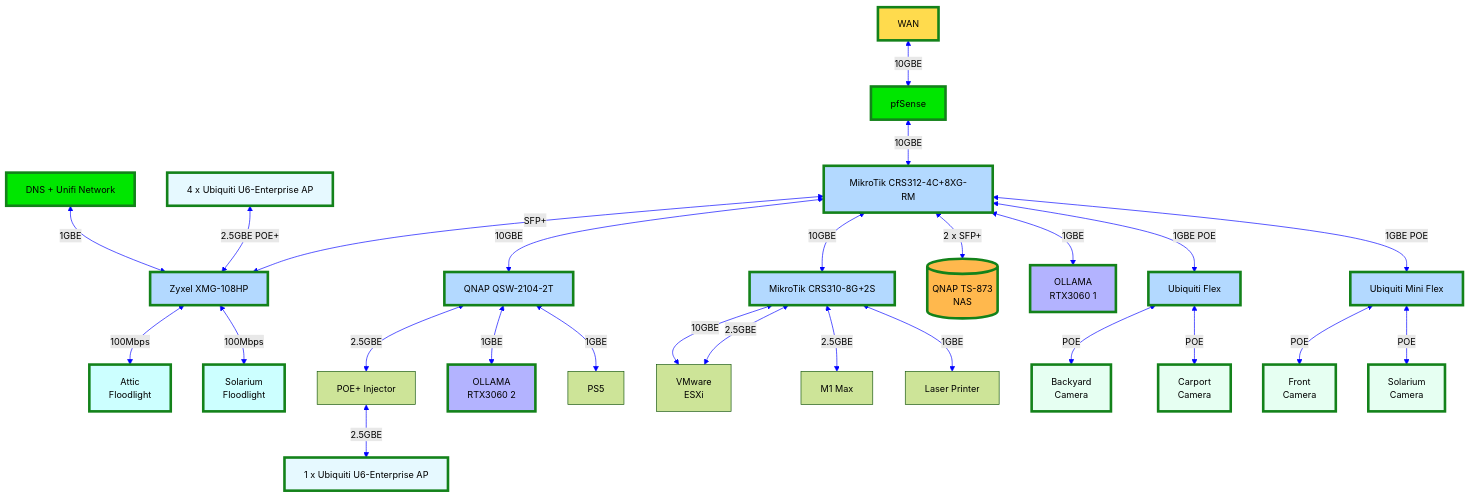
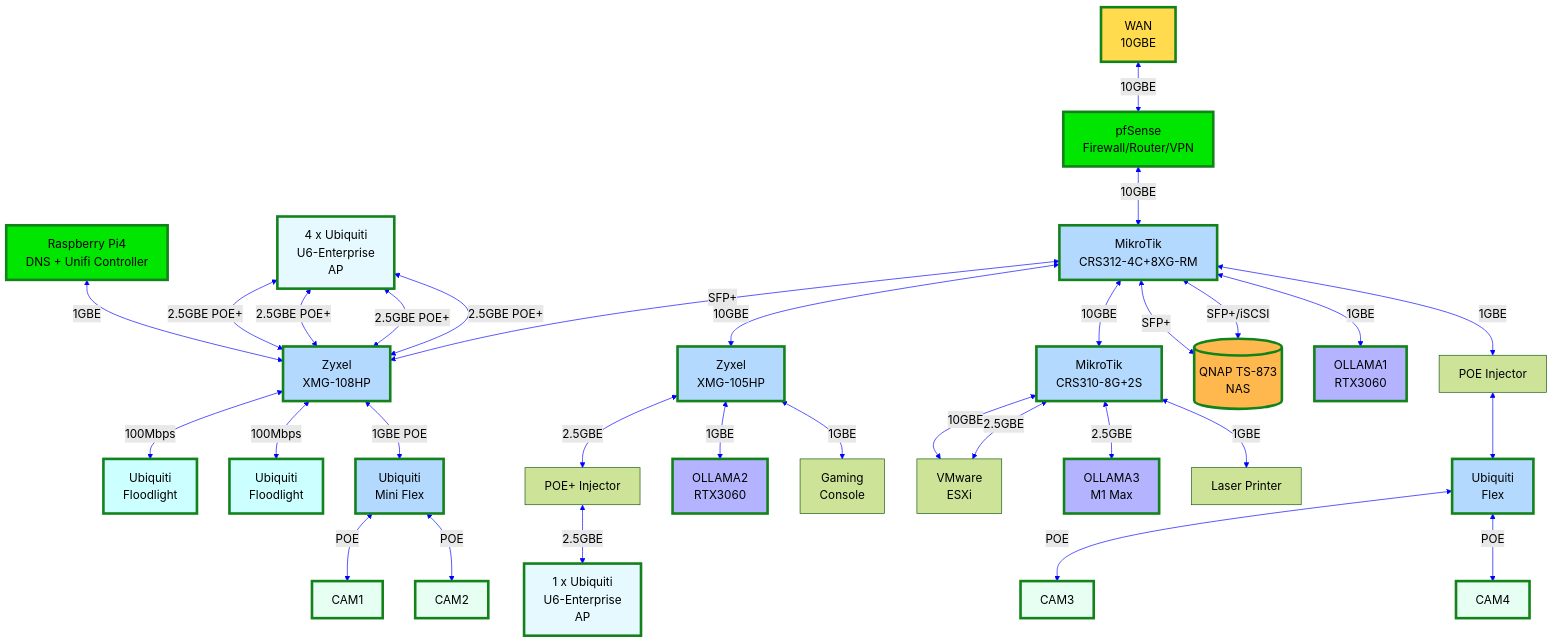
The diagram in petprojects/network.md (ovaisq/processes), drawn with Mermaid before and after one commit.

Commit message:
Last remaining junky QNAP switch has been replaced with Zyxel

````diff
--- a/petprojects/network.md
+++ b/petprojects/network.md
@@ -1,89 +1,112 @@
 ```mermaid
-%%{init: {'theme': 'forest', "loglevel":1,'themeVariables': {'lineColor': 'Blue', 'fontSize':'14px',"fontFamily": "Trebuchet MS"}}}%%
+%%{init: {'theme': 'forest', "loglevel":1,'themeVariables': {'lineColor': 'Blue', 'fontSize':'18px',"fontFamily": "Trebuchet MS"}}}%%
+
 flowchart TD
 
-style G fill:#00e600,stroke:#13821a,stroke-width:4px
-style F fill:#e6f9ff,stroke:#13821a,stroke-width:4px
-style FA fill:#e6f9ff,stroke:#13821a,stroke-width:4px
-style B fill:#b3d9ff,stroke:#13821a,stroke-width:4px
-style QNAP fill:#ffb84d,stroke:#13821a,stroke-width:4px
-style C fill:#b3d9ff,stroke:#13821a,stroke-width:4px
-style D fill:#b3d9ff,stroke:#13821a,stroke-width:4px
-style E fill:#b3d9ff,stroke:#13821a,stroke-width:4px
-style H fill:#b3d9ff,stroke:#13821a,stroke-width:4px
-style J fill:#b3d9ff,stroke:#13821a,stroke-width:4px
-style A fill:#00e600,stroke:#13821a,stroke-width:4px
-style FL1 fill:#ccffff,stroke:#13821a,stroke-width:4px
-style FL2 fill:#ccffff,stroke:#13821a,stroke-width:4px
-style CAM1 fill:#e6fff2,stroke:#13821a,stroke-width:4px
-style CAM2 fill:#e6fff2,stroke:#13821a,stroke-width:4px
-style CAM3 fill:#e6fff2,stroke:#13821a,stroke-width:4px
-style CAM4 fill:#e6fff2,stroke:#13821a,stroke-width:4px
-style Z fill:#ffdb4d,stroke:#13821a,stroke-width:4px
-style GPU1 fill:#b3b3ff,stroke:#13821a,stroke-width:4px
-style GPU2 fill:#b3b3ff,stroke:#13821a,stroke-width:4px
+    style G fill:#00e600,stroke:#13821a,stroke-width:4px
+    style F fill:#e6f9ff,stroke:#13821a,stroke-width:4px
+    style FA fill:#e6f9ff,stroke:#13821a,stroke-width:4px
+    style B fill:#b3d9ff,stroke:#13821a,stroke-width:4px
+    style QNAP fill:#ffb84d,stroke:#13821a,stroke-width:4px
+    style C fill:#b3d9ff,stroke:#13821a,stroke-width:4px
+    style D fill:#b3d9ff,stroke:#13821a,stroke-width:4px
+    style E fill:#b3d9ff,stroke:#13821a,stroke-width:4px
+    style H fill:#b3d9ff,stroke:#13821a,stroke-width:4px
+    style J fill:#b3d9ff,stroke:#13821a,stroke-width:4px
+    style A fill:#00e600,stroke:#13821a,stroke-width:4px
+    style FL1 fill:#ccffff,stroke:#13821a,stroke-width:4px
+    style FL2 fill:#ccffff,stroke:#13821a,stroke-width:4px
+    style CAM1 fill:#e6fff2,stroke:#13821a,stroke-width:4px
+    style CAM2 fill:#e6fff2,stroke:#13821a,stroke-width:4px
+    style CAM3 fill:#e6fff2,stroke:#13821a,stroke-width:4px
+    style CAM4 fill:#e6fff2,stroke:#13821a,stroke-width:4px
+    style Z fill:#ffdb4d,stroke:#13821a,stroke-width:4px
+    style GPU1 fill:#b3b3ff,stroke:#13821a,stroke-width:4px
+    style GPU2 fill:#b3b3ff,stroke:#13821a,stroke-width:4px
+    style HB fill:#b3b3ff,stroke:#13821a,stroke-width:4px
 
 
-Z[WAN]
-A[pfSense]
-B[Zyxel XMG-108HP]
-C[MikroTik CRS312-4C+8XG-RM]
-D[QNAP QSW-2104-2T]
-E[MikroTik CRS310-8G+2S]
-F[1 x Ubiquiti U6-Enterprise AP]
-FA[4 x Ubiquiti U6-Enterprise AP]
-FB[POE+ Injector]
-G[DNS + Unifi Network]
-H[Ubiquiti Mini Flex]
-J[Ubiquiti Flex]
-HA[VMware
-ESXi]
-HB[M1 Max]
-HC[Laser Printer]
-QNAP[(QNAP TS-873
-NAS)]
-GPU1[OLLAMA
-RTX3060 1]
-GPU2[OLLAMA
-RTX3060 2]
-PS5[PS5]
-FL1[Attic
-Floodlight]
-FL2[Solarium
-Floodlight]
-CAM1[Front
-Camera]
-CAM2[Solarium
-Camera]
-CAM3[Backyard
-Camera]
-CAM4[Carport
-Camera]
+    Z[WAN
+    10GBE]
 
+    A[pfSense
+    Firewall/Router/VPN]
 
-Z <--10GBE--> A
-A <--10GBE--> C
+    B[Zyxel
+    XMG-108HP]
+    C[MikroTik
+    CRS312-4C+8XG-RM]
+    E[MikroTik
+    CRS310-8G+2S]
+    D[Zyxel
+    XMG-105HP]
+  
+    F[1 x Ubiquiti
+    U6-Enterprise
+    AP]
+    FA[4 x Ubiquiti
+    U6-Enterprise
+    AP]
 
-C <--SFP+--> B
-B <--100Mbps--> FL1
-B <--100Mbps--> FL2
-C <--10GBE--> D
-C <--10GBE--> E
-C <--2 x SFP+--> QNAP
-FA <--2.5GBE POE+--> B
-G <--1GBE--> B
-D <--2.5GBE--> FB <--2.5GBE--> F
-E <--10GBE--> HA
-E <--2.5GBE--> HA
-E <--2.5GBE--> HB
-E <--1GBE--> HC
-C <--1GBE--> GPU1
-C <--1GBE POE--> J
-J <--POE--> CAM3
-J <--POE--> CAM4
-C <--1GBE POE--> H
-H <--POE--> CAM1
-H <--POE--> CAM2
-D <--1GBE--> GPU2
-D <--1GBE--> PS5
+    FB[POE+ Injector]
+    FC[POE Injector]
+    G[Raspberry Pi4
+    DNS + Unifi Controller]
+    H[Ubiquiti
+    Mini Flex]
+    J[Ubiquiti
+    Flex]
+    HA[VMware
+    ESXi]
+    HB[OLLAMA3
+    M1 Max]
+    HC[Laser Printer]
+    QNAP[(QNAP TS-873
+    NAS)]
+    GPU1[OLLAMA1
+    RTX3060]
+    GPU2[OLLAMA2
+    RTX3060]
+    PS5[Gaming
+    Console]
+    FL1[Ubiquiti
+    Floodlight]
+    FL2[Ubiquiti
+    Floodlight]
+    CAM1[CAM1]
+    CAM2[CAM2]
+    CAM3[CAM3]
+    CAM4[CAM4]
+
+    Z <--10GBE--> A
+    A <--10GBE--> C
+
+    C <--SFP+--> B
+    B <--100Mbps--> FL1
+    B <--100Mbps--> FL2
+    C <--10GBE--> D
+    C <--10GBE--> E
+    C <--SFP+--> QNAP
+    C <--SFP+/iSCSI--> QNAP
+
+    G <--1GBE--> B
+    D <--2.5GBE--> FB <--2.5GBE--> F
+    E <--10GBE--> HA
+    E <--2.5GBE--> HA
+    E <--2.5GBE--> HB
+    E <--1GBE--> HC
+    C <--1GBE--> GPU1
+    C <--1GBE--> FC <--> J
+    J <--POE--> CAM3
+    J <--POE--> CAM4
+    B <--1GBE POE--> H
+    H <--POE--> CAM1
+    H <--POE--> CAM2
+    D <--1GBE--> GPU2
+    D <--1GBE--> PS5
+    FA <--2.5GBE POE+--> B
+    FA <--2.5GBE POE+--> B
+    FA <--2.5GBE POE+--> B
+    FA <--2.5GBE POE+--> B
+
 ```
````
